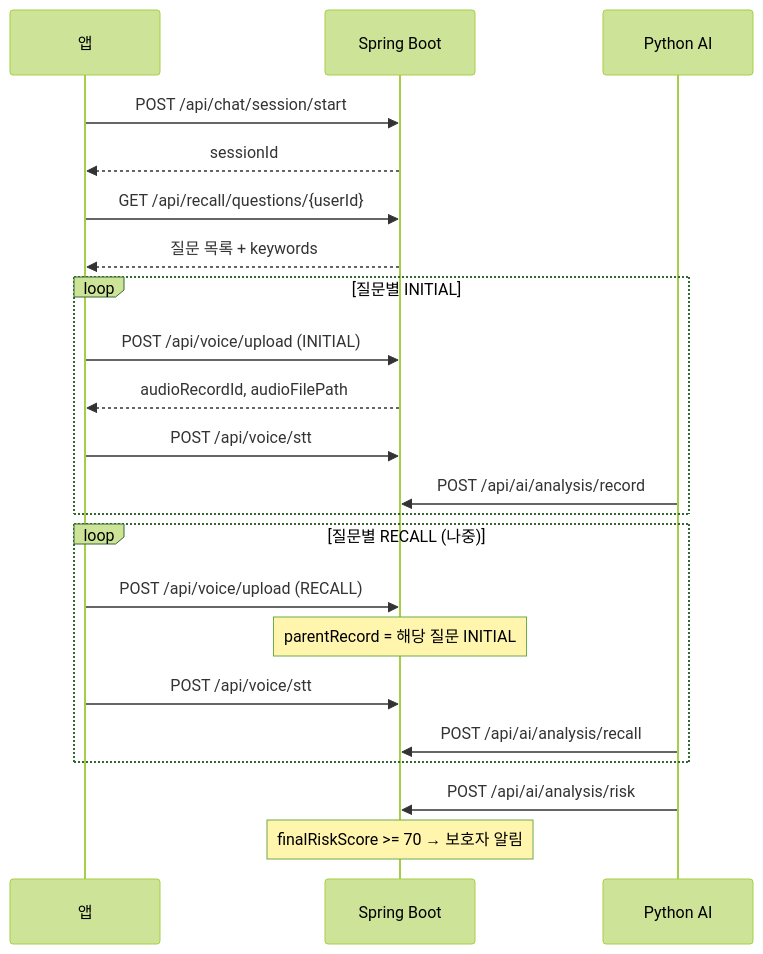
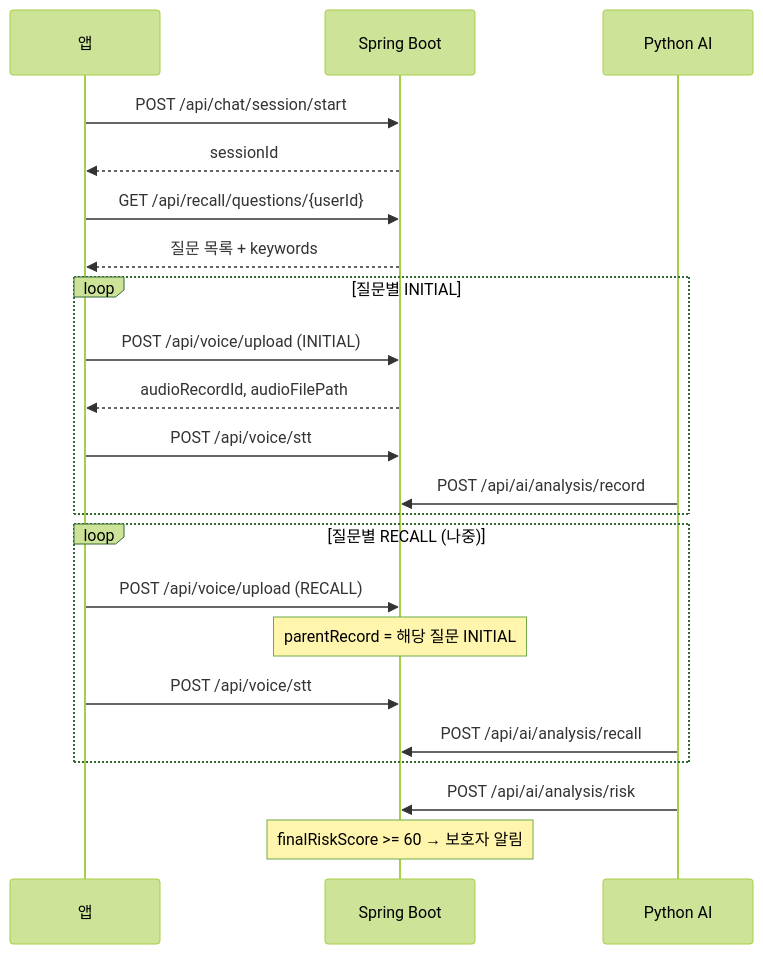
The diagram in docs/ai_db_integrate_guide.md (MIDAS-team-2026/app), drawn with Mermaid (forest theme) before and after one commit. The commit also changed other lines of this file and 4 other files, not shown here.

````diff
--- a/docs/ai_db_integrate_guide.md
+++ b/docs/ai_db_integrate_guide.md
@@ -28,29 +28,29 @@
 ```mermaid
 sequenceDiagram
     participant App as 앱
     participant SB as Spring Boot
     participant PY as Python AI
 
     App->>SB: POST /api/chat/session/start
     SB-->>App: sessionId
 
     App->>SB: GET /api/recall/questions/{userId}
     SB-->>App: 질문 목록 + keywords
 
     loop 질문별 INITIAL
         App->>SB: POST /api/voice/upload (INITIAL)
         SB-->>App: audioRecordId, audioFilePath
         App->>SB: POST /api/voice/stt
         PY->>SB: POST /api/ai/analysis/record
     end
 
     loop 질문별 RECALL (나중)
         App->>SB: POST /api/voice/upload (RECALL)
         Note over SB: parentRecord = 해당 질문 INITIAL
         App->>SB: POST /api/voice/stt
         PY->>SB: POST /api/ai/analysis/recall
     end
 
     PY->>SB: POST /api/ai/analysis/risk
-    Note over SB: finalRiskScore >= 70 → 보호자 알림
+    Note over SB: finalRiskScore >= 60 → 보호자 알림
 ```
````
